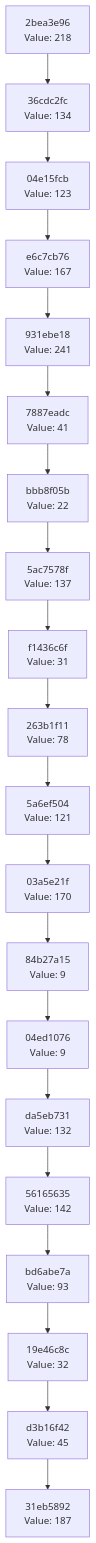
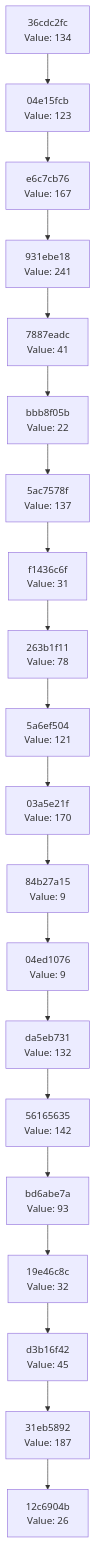
Before and after one commit to Abhisheksinha1506/hash-chain-evolver: the diagram in docs/CHAIN_VISUALIZATION.md, drawn with Mermaid. The commit also changed 3 other files, not shown here.

````diff
--- a/docs/CHAIN_VISUALIZATION.md
+++ b/docs/CHAIN_VISUALIZATION.md
@@ -3,42 +3,42 @@
 ```mermaid
 graph TD
-    C0["31eb5892<br/>Value: 187"]
-    C1["d3b16f42<br/>Value: 45"]
+    C0["12c6904b<br/>Value: 26"]
+    C1["31eb5892<br/>Value: 187"]
     C1 --> C0
-    C2["19e46c8c<br/>Value: 32"]
+    C2["d3b16f42<br/>Value: 45"]
     C2 --> C1
-    C3["bd6abe7a<br/>Value: 93"]
+    C3["19e46c8c<br/>Value: 32"]
     C3 --> C2
-    C4["56165635<br/>Value: 142"]
+    C4["bd6abe7a<br/>Value: 93"]
     C4 --> C3
-    C5["da5eb731<br/>Value: 132"]
+    C5["56165635<br/>Value: 142"]
     C5 --> C4
-    C6["04ed1076<br/>Value: 9"]
+    C6["da5eb731<br/>Value: 132"]
     C6 --> C5
-    C7["84b27a15<br/>Value: 9"]
+    C7["04ed1076<br/>Value: 9"]
     C7 --> C6
-    C8["03a5e21f<br/>Value: 170"]
+    C8["84b27a15<br/>Value: 9"]
     C8 --> C7
-    C9["5a6ef504<br/>Value: 121"]
+    C9["03a5e21f<br/>Value: 170"]
     C9 --> C8
-    C10["263b1f11<br/>Value: 78"]
+    C10["5a6ef504<br/>Value: 121"]
     C10 --> C9
-    C11["f1436c6f<br/>Value: 31"]
+    C11["263b1f11<br/>Value: 78"]
     C11 --> C10
-    C12["5ac7578f<br/>Value: 137"]
+    C12["f1436c6f<br/>Value: 31"]
     C12 --> C11
-    C13["bbb8f05b<br/>Value: 22"]
+    C13["5ac7578f<br/>Value: 137"]
     C13 --> C12
-    C14["7887eadc<br/>Value: 41"]
+    C14["bbb8f05b<br/>Value: 22"]
     C14 --> C13
-    C15["931ebe18<br/>Value: 241"]
+    C15["7887eadc<br/>Value: 41"]
     C15 --> C14
-    C16["e6c7cb76<br/>Value: 167"]
+    C16["931ebe18<br/>Value: 241"]
     C16 --> C15
-    C17["04e15fcb<br/>Value: 123"]
+    C17["e6c7cb76<br/>Value: 167"]
     C17 --> C16
-    C18["36cdc2fc<br/>Value: 134"]
+    C18["04e15fcb<br/>Value: 123"]
     C18 --> C17
-    C19["2bea3e96<br/>Value: 218"]
+    C19["36cdc2fc<br/>Value: 134"]
     C19 --> C18
 ```
````
